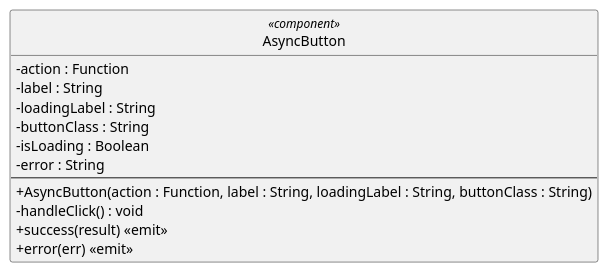
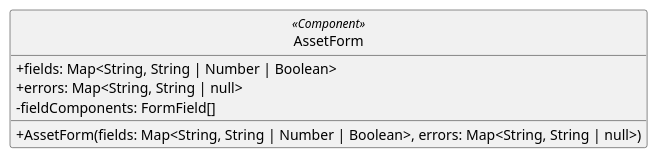
Before and after one commit to GroupRubberDuck/Documentazione: the diagram in src/PB/DocumentazioneEsterna/Specifica_Tecnica/content/05-diagrammi-classi/uml/puml/Frontend/componenti_base/AssetForm.puml, drawn with PlantUML. The commit also changed 30 other files, not shown here.

```diff
--- a/src/PB/DocumentazioneEsterna/Specifica_Tecnica/content/05-diagrammi-classi/uml/puml/Frontend/componenti_base/AssetForm.puml
+++ b/src/PB/DocumentazioneEsterna/Specifica_Tecnica/content/05-diagrammi-classi/uml/puml/Frontend/componenti_base/AssetForm.puml
@@ -1,23 +1,16 @@
 @startuml
 skinparam linetype ortho
 skinparam nodesep 80
 skinparam ranksep 100
 skinparam classAttributeIconSize 0
 skinparam packageStyle rectangle
 skinparam style strictuml
 
-class AsyncButton <<component>> {
-  - action : Function
-  - label : String
-  - loadingLabel : String
-  - buttonClass : String
-  - isLoading : Boolean
-  - error : String
-  --
-  + AsyncButton(action : Function, label : String, loadingLabel : String, buttonClass : String)
-  - handleClick() : void
-  + success(result) <<emit>>
-  + error(err) <<emit>>
+class AssetForm <<Component>> {
+  + fields: Map<String, String | Number | Boolean>
+  + errors: Map<String, String | null>
+  - fieldComponents: FormField[]
+  
+  + AssetForm(fields: Map<String, String | Number | Boolean>, errors: Map<String, String | null>)
 }
-
 @enduml
```
